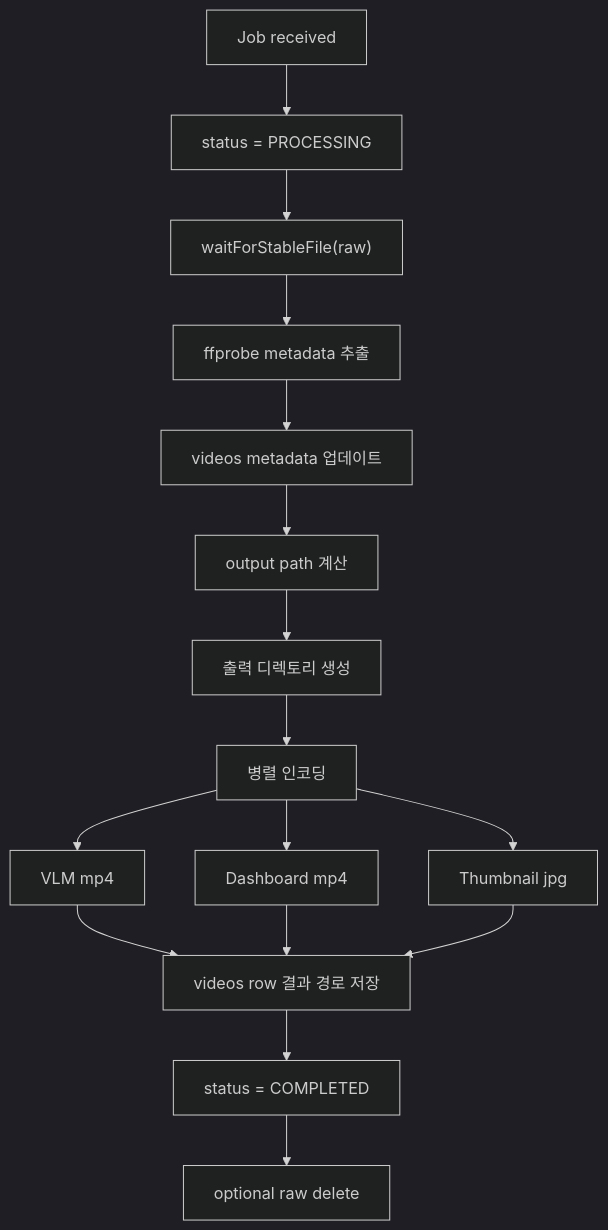
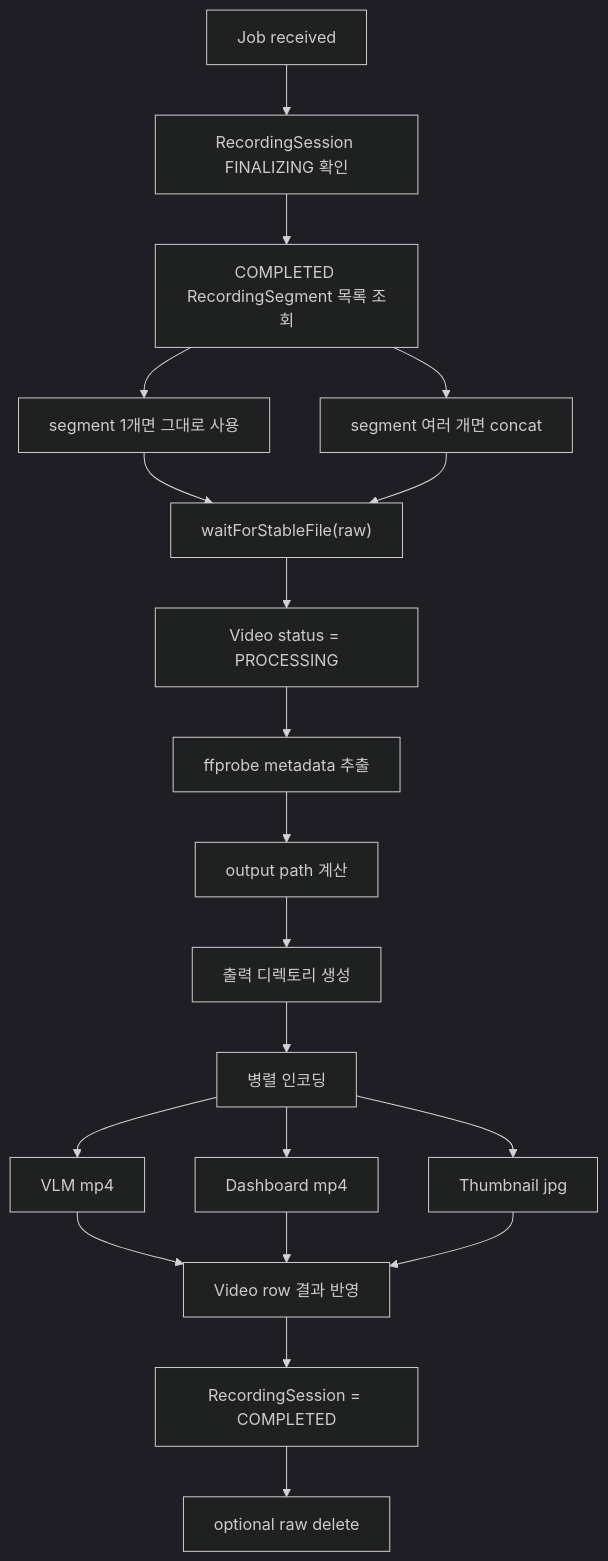
One commit to ego-flow/ego-flow-server changed the second of 2 diagrams in docs/10. project_processing.md. Above: the diagram before and after it, drawn with Mermaid (dark theme). The commit also changed other lines of this file and 39 other files, not shown here.

````diff
--- a/docs/10. project_processing.md
+++ b/docs/10. project_processing.md
@@ -24,18 +26,22 @@
 ```mermaid
 flowchart TD
-    A["Job received"] --> B["status = PROCESSING"]
-    B --> C["waitForStableFile(raw)"]
-    C --> D["ffprobe metadata 추출"]
-    D --> E["videos metadata 업데이트"]
-    E --> F["output path 계산"]
-    F --> G["출력 디렉토리 생성"]
-    G --> H["병렬 인코딩"]
-    H --> H1["VLM mp4"]
-    H --> H2["Dashboard mp4"]
-    H --> H3["Thumbnail jpg"]
-    H1 --> I["videos row 결과 경로 저장"]
-    H2 --> I
-    H3 --> I
-    I --> J["status = COMPLETED"]
-    J --> K["optional raw delete"]
+    A["Job received"] --> B["RecordingSession FINALIZING 확인"]
+    B --> C["COMPLETED RecordingSegment 목록 조회"]
+    C --> D["segment 1개면 그대로 사용"]
+    C --> E["segment 여러 개면 concat"]
+    D --> F["waitForStableFile(raw)"]
+    E --> F
+    F --> G["Video status = PROCESSING"]
+    G --> H["ffprobe metadata 추출"]
+    H --> I["output path 계산"]
+    I --> J["출력 디렉토리 생성"]
+    J --> K["병렬 인코딩"]
+    K --> K1["VLM mp4"]
+    K --> K2["Dashboard mp4"]
+    K --> K3["Thumbnail jpg"]
+    K1 --> L["Video row 결과 반영"]
+    K2 --> L
+    K3 --> L
+    L --> M["RecordingSession = COMPLETED"]
+    M --> N["optional raw delete"]
 ```
````
